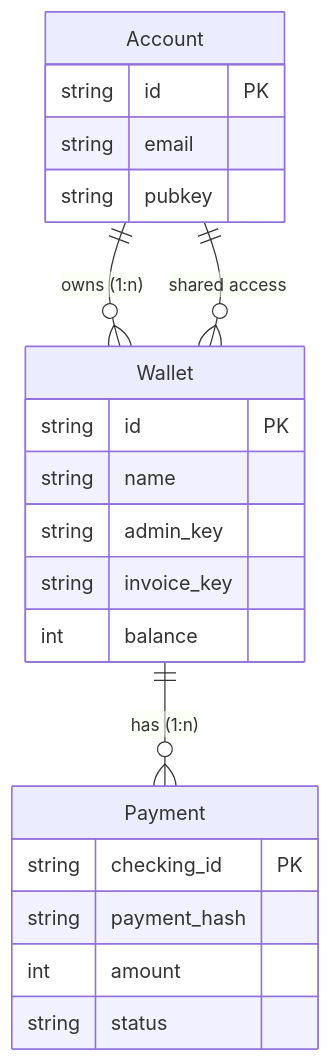
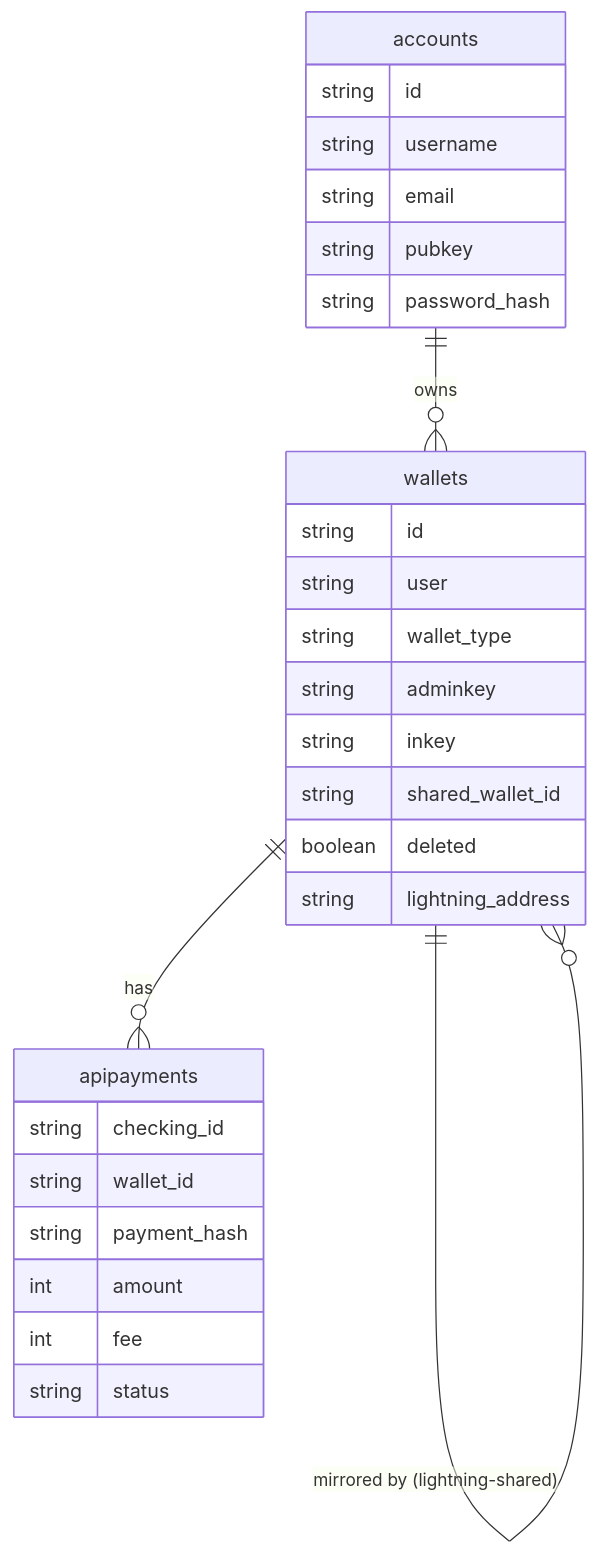
Before and after one commit to lndocs/lndocs.github.io: the second of 3 diagrams in docs/architecture/overview.md, drawn with Mermaid. The commit also changed other lines of this file and 22 other files, not shown here.

First line of the commit message:
Rewrite architecture, guides, development, FAQ and resources for v1.6.2 (#5)

````diff
--- a/docs/architecture/overview.md
+++ b/docs/architecture/overview.md
@@ -165,25 +128,32 @@
 ```mermaid
 erDiagram
-    Account ||--o{ Wallet : "owns (1:n)"
-    Account ||--o{ Wallet : "shared access"
-    Wallet ||--o{ Payment : "has (1:n)"
+    accounts ||--o{ wallets : "owns"
+    wallets ||--o{ apipayments : "has"
+    wallets ||--o{ wallets : "mirrored by (lightning-shared)"
 
-    Account {
-        string id PK
+    accounts {
+        string id
+        string username
         string email
         string pubkey
+        string password_hash
     }
-    Wallet {
-        string id PK
-        string name
-        string admin_key
-        string invoice_key
-        int balance
+    wallets {
+        string id
+        string user
+        string wallet_type
+        string adminkey
+        string inkey
+        string shared_wallet_id
+        boolean deleted
+        string lightning_address
     }
-    Payment {
-        string checking_id PK
+    apipayments {
+        string checking_id
+        string wallet_id
         string payment_hash
         int amount
+        int fee
         string status
     }
 ```
````
